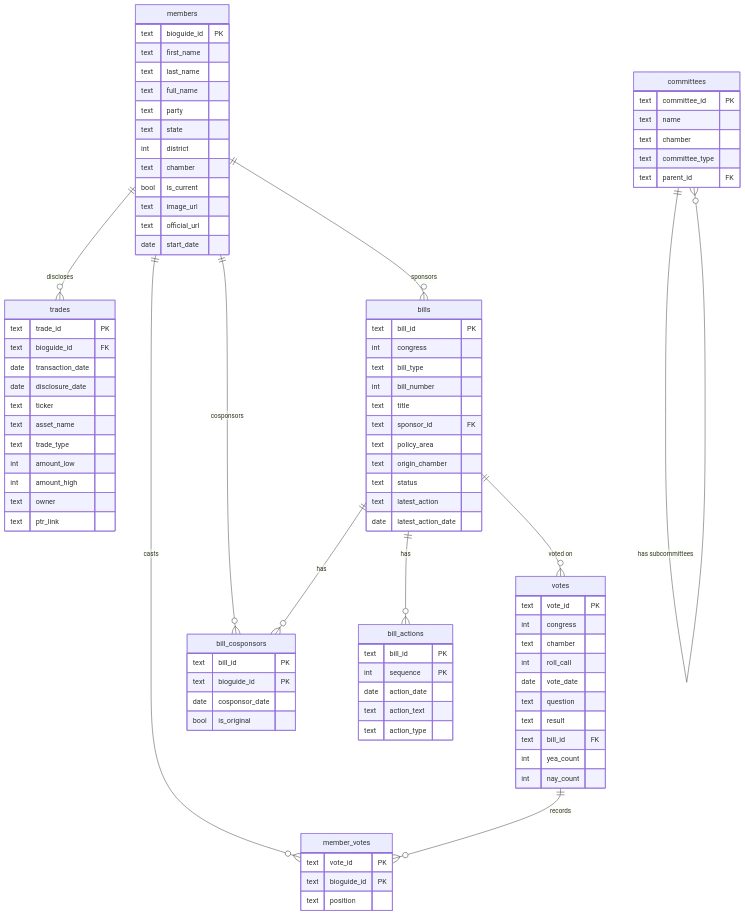
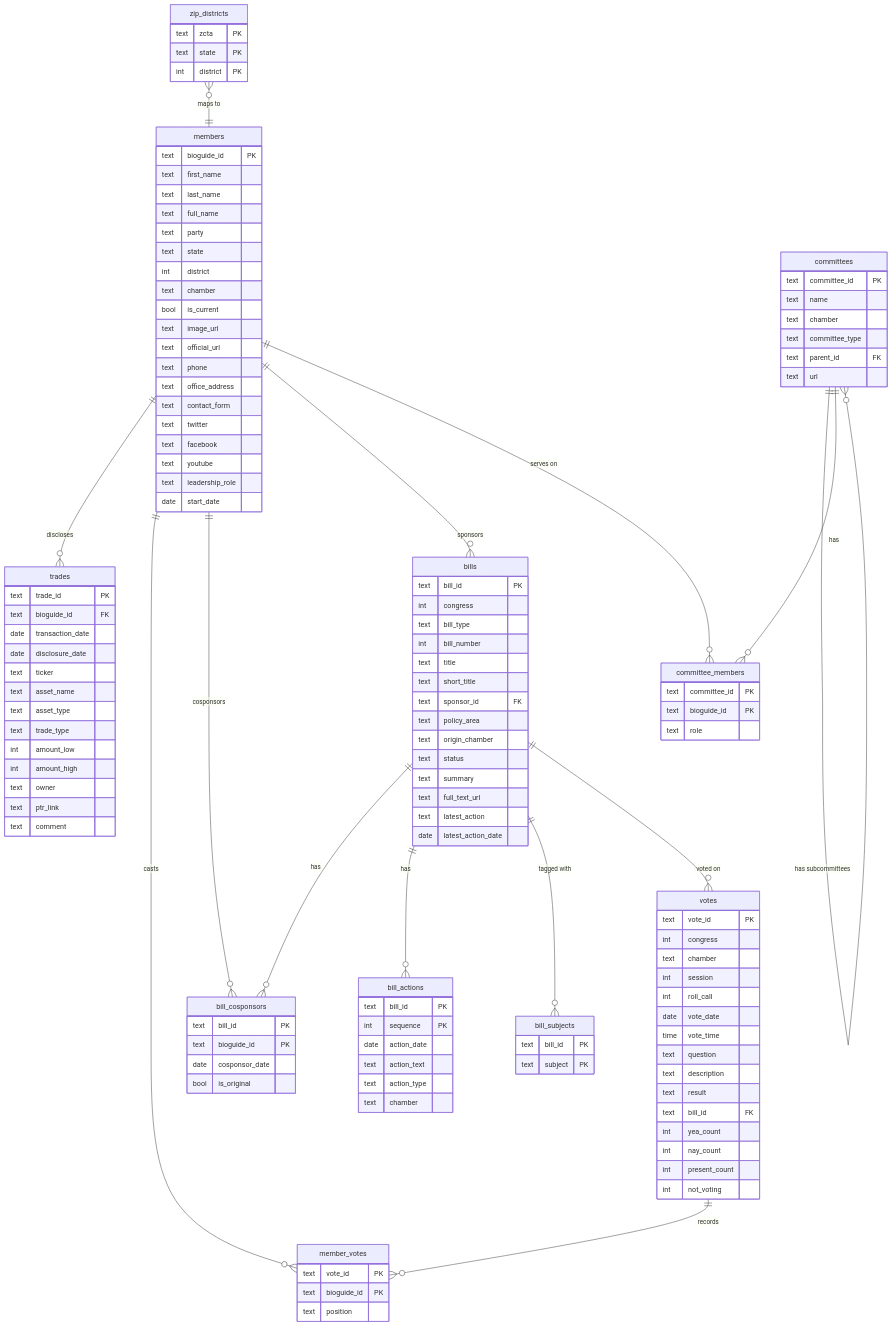
Before and after one commit to blancas-armando/distillgov: the diagram in db/SCHEMA.md, drawn with Mermaid. The commit also changed other lines of this file and 1 other file, not shown here.

First line of the commit message:
docs: rewrite README and SCHEMA.md to match actual codebase

````diff
--- a/db/SCHEMA.md
+++ b/db/SCHEMA.md
@@ -10,14 +10,19 @@
     members ||--o{ member_votes : "casts"
     members ||--o{ bill_cosponsors : "cosponsors"
     members ||--o{ bills : "sponsors"
+    members ||--o{ committee_members : "serves on"
 
     bills ||--o{ bill_cosponsors : "has"
     bills ||--o{ bill_actions : "has"
+    bills ||--o{ bill_subjects : "tagged with"
     bills ||--o{ votes : "voted on"
 
     votes ||--o{ member_votes : "records"
 
     committees ||--o{ committees : "has subcommittees"
+    committees ||--o{ committee_members : "has"
+
+    zip_districts }o--|| members : "maps to"
 
     members {
         text bioguide_id PK
@@ -31,6 +36,13 @@
         bool is_current
         text image_url
         text official_url
+        text phone
+        text office_address
+        text contact_form
+        text twitter
+        text facebook
+        text youtube
+        text leadership_role
         date start_date
     }
 
@@ -40,10 +52,13 @@
         text bill_type
         int bill_number
         text title
+        text short_title
         text sponsor_id FK
         text policy_area
         text origin_chamber
         text status
+        text summary
+        text full_text_url
         text latest_action
         date latest_action_date
     }
@@ -52,13 +67,18 @@
         text vote_id PK
         int congress
         text chamber
+        int session
         int roll_call
         date vote_date
+        time vote_time
         text question
+        text description
         text result
         text bill_id FK
         int yea_count
         int nay_count
+        int present_count
+        int not_voting
     }
 
     member_votes {
@@ -74,11 +94,13 @@
         date disclosure_date
         text ticker
         text asset_name
+        text asset_type
         text trade_type
         int amount_low
         int amount_high
         text owner
         text ptr_link
+        text comment
     }
 
     bill_cosponsors {
@@ -94,6 +116,12 @@
         date action_date
         text action_text
         text action_type
+        text chamber
+    }
+
+    bill_subjects {
+        text bill_id PK
+        text subject PK
     }
 
     committees {
@@ -102,5 +130,18 @@
         text chamber
         text committee_type
         text parent_id FK
+        text url
+    }
+
+    committee_members {
+        text committee_id PK
+        text bioguide_id PK
+        text role
+    }
+
+    zip_districts {
+        text zcta PK
+        text state PK
+        int district PK
     }
 ```
````
